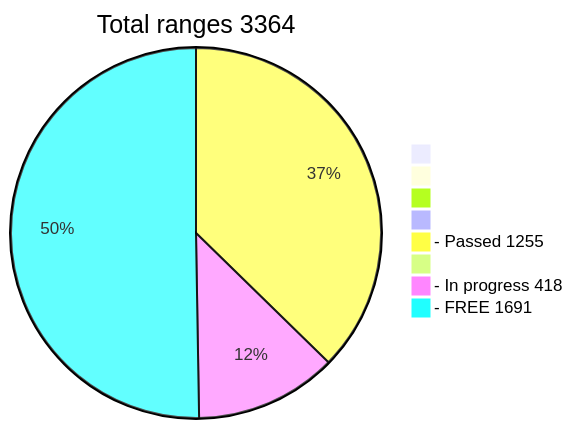
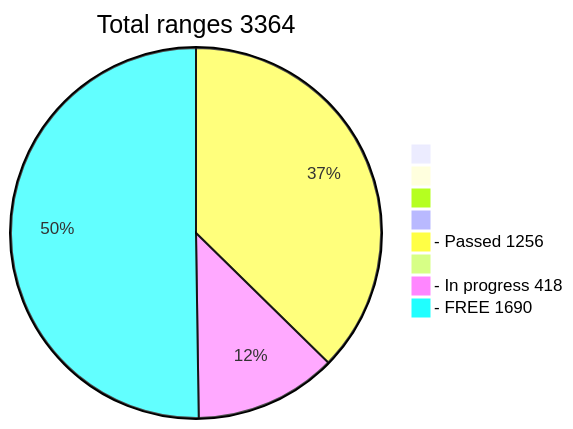
The diagram in README.md (phrutis/wif500), drawn with Mermaid before and after one commit.

````diff
--- a/README.md
+++ b/README.md
@@ -16,12 +16,12 @@
 ```mermaid
 pie title Total ranges 3364
              " " : 0
             "  " : 0
            "   " : 0
           "    " : 0
-  "- Passed 1255" : 1255
+  "- Passed 1256" : 1256
          "     " : 0
   "- In progress 418" : 418
-   "- FREE 1691" : 1691
+   "- FREE 1690" : 1690
    
 ```
````
